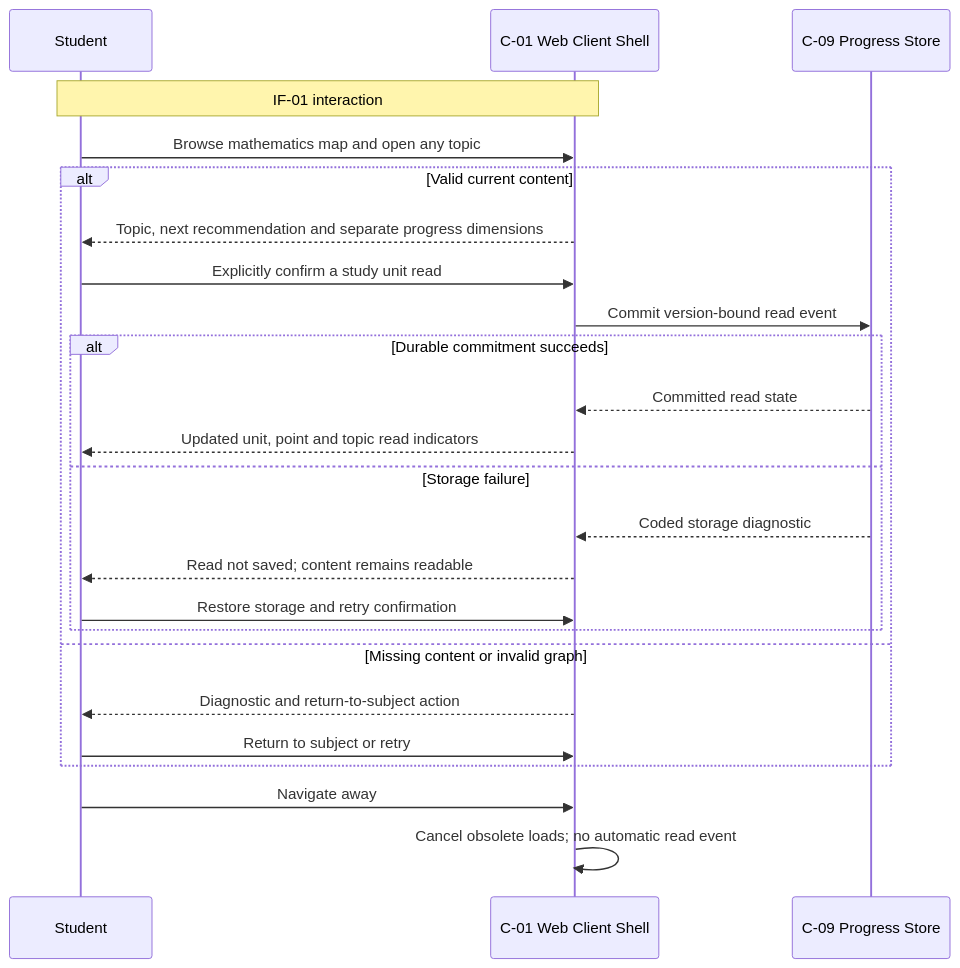
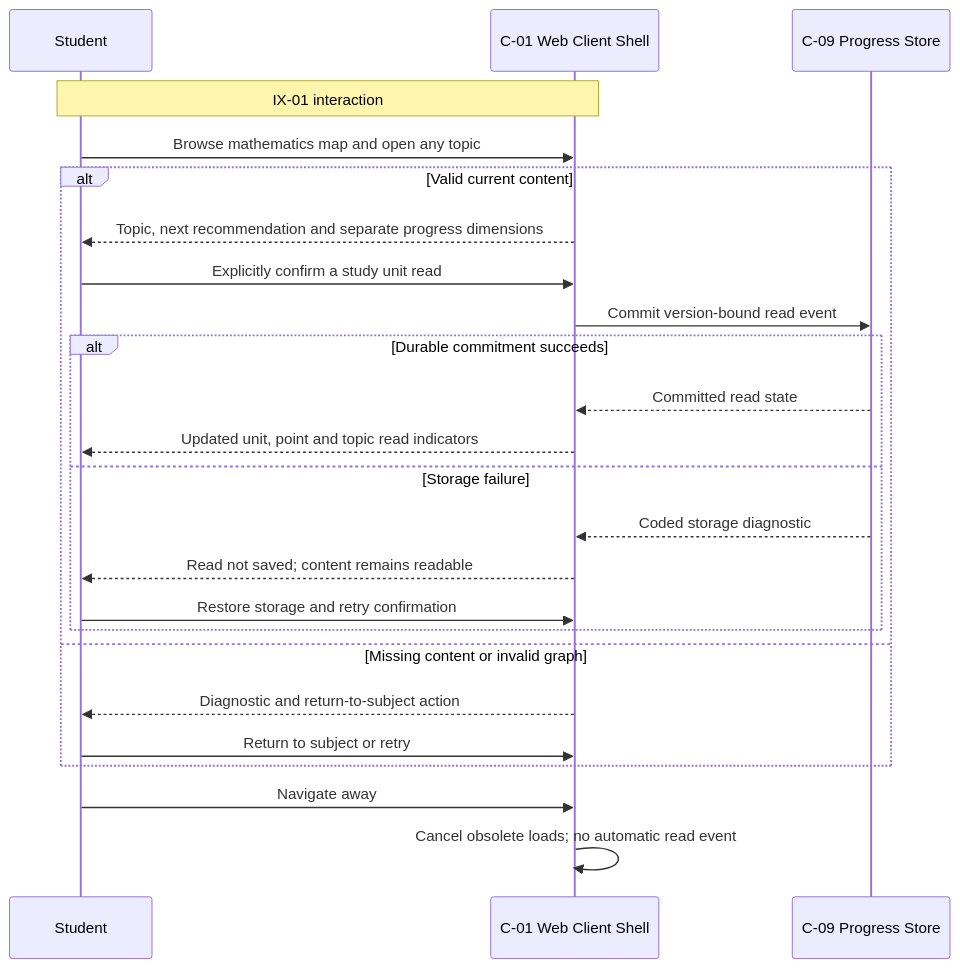
The ninth of 14 diagrams in docs/architecture/ADD-0001-orange-v1-baseline.md (hailingu/orange), drawn with Mermaid before and after one commit. The commit also changed other lines of this file and 1 other file, not shown here.

First line of the commit message:
docs(architecture): approve ADD-0001 V1 baseline to Current

````diff
--- a/docs/architecture/ADD-0001-orange-v1-baseline.md
+++ b/docs/architecture/ADD-0001-orange-v1-baseline.md
@@ -637,26 +638,26 @@
 ```mermaid
 sequenceDiagram
     participant Student
     participant C01 as C-01 Web Client Shell
     participant C09 as C-09 Progress Store
-    Note over Student,C01: IF-01 interaction
+    Note over Student,C01: IX-01 interaction
     Student->>C01: Browse mathematics map and open any topic
     alt Valid current content
         C01-->>Student: Topic, next recommendation and separate progress dimensions
         Student->>C01: Explicitly confirm a study unit read
         C01->>C09: Commit version-bound read event
         alt Durable commitment succeeds
             C09-->>C01: Committed read state
             C01-->>Student: Updated unit, point and topic read indicators
         else Storage failure
             C09-->>C01: Coded storage diagnostic
             C01-->>Student: Read not saved#59; content remains readable
             Student->>C01: Restore storage and retry confirmation
         end
     else Missing content or invalid graph
         C01-->>Student: Diagnostic and return-to-subject action
         Student->>C01: Return to subject or retry
     end
     Student->>C01: Navigate away
     C01->>C01: Cancel obsolete loads#59; no automatic read event
 ```
````
